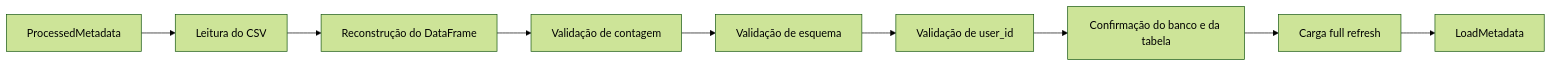
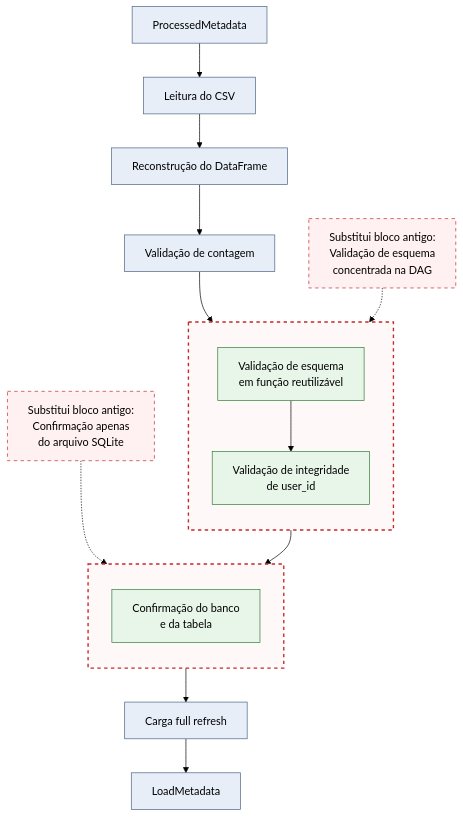
The second of 2 diagrams in docs/phase-5-xcoms-e-artefatos/step-07-refatorar-carga-sqlite.md (Moreno2Marcos/mini-python-data-pipeline), drawn with Mermaid (forest theme) before and after one commit. The commit also changed other lines of this file, not shown here.

Commit message:
docs: improve Step 7 flow diagrams

````diff
--- a/docs/phase-5-xcoms-e-artefatos/step-07-refatorar-carga-sqlite.md
+++ b/docs/phase-5-xcoms-e-artefatos/step-07-refatorar-carga-sqlite.md
@@ -21,11 +33,40 @@
 ```mermaid
-flowchart LR
+flowchart TD
     A[ProcessedMetadata] --> B[Leitura do CSV]
     B --> C[Reconstrução do DataFrame]
     C --> D[Validação de contagem]
-    D --> E[Validação de esquema]
-    E --> F[Validação de user_id]
-    F --> G[Confirmação do banco e da tabela]
+
+    N1["Substitui bloco antigo:<br/>Validação de esquema<br/>concentrada na DAG"]
+    N2["Substitui bloco antigo:<br/>Confirmação apenas<br/>do arquivo SQLite"]
+
+    subgraph R1[" "]
+        direction TB
+        E[Validação de esquema<br/>em função reutilizável]
+        F[Validação de integridade<br/>de user_id]
+        E --> F
+    end
+
+    subgraph R2[" "]
+        direction TB
+        G[Confirmação do banco<br/>e da tabela]
+    end
+
+    D --> E
+    F --> G
     G --> H[Carga full refresh]
     H --> I[LoadMetadata]
+
+    N1 -.-> E
+    N2 -.-> G
+
+    classDef unchanged fill:#E8EEF7,stroke:#4A6280,color:#000;
+    classDef newChange fill:#E8F5E9,stroke:#2E7D32,color:#000;
+    classDef noteOld fill:#FFF1F1,stroke:#C62828,color:#000,stroke-dasharray:5 5;
+
+    class A,B,C,D,H,I unchanged;
+    class E,F,G newChange;
+    class N1,N2 noteOld;
+
+    style R1 fill:#FFF8F8,stroke:#C62828,stroke-width:2px,stroke-dasharray:5 5
+    style R2 fill:#FFF8F8,stroke:#C62828,stroke-width:2px,stroke-dasharray:5 5
 ```
````
